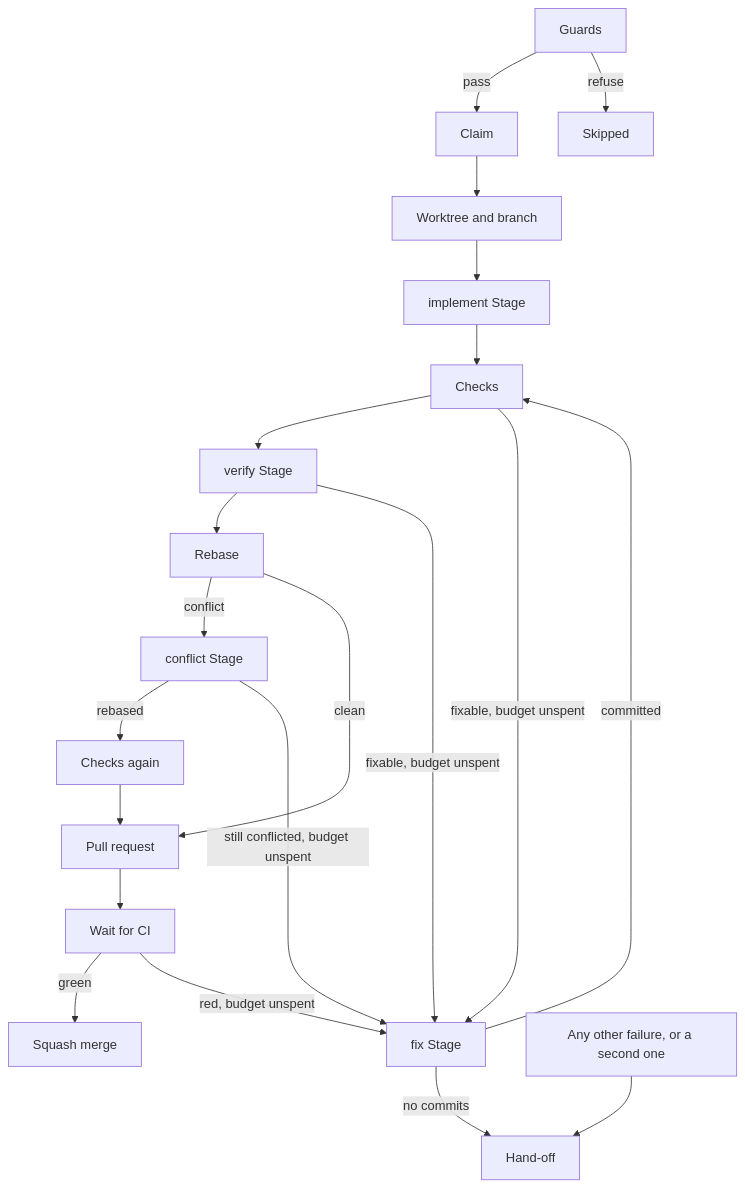
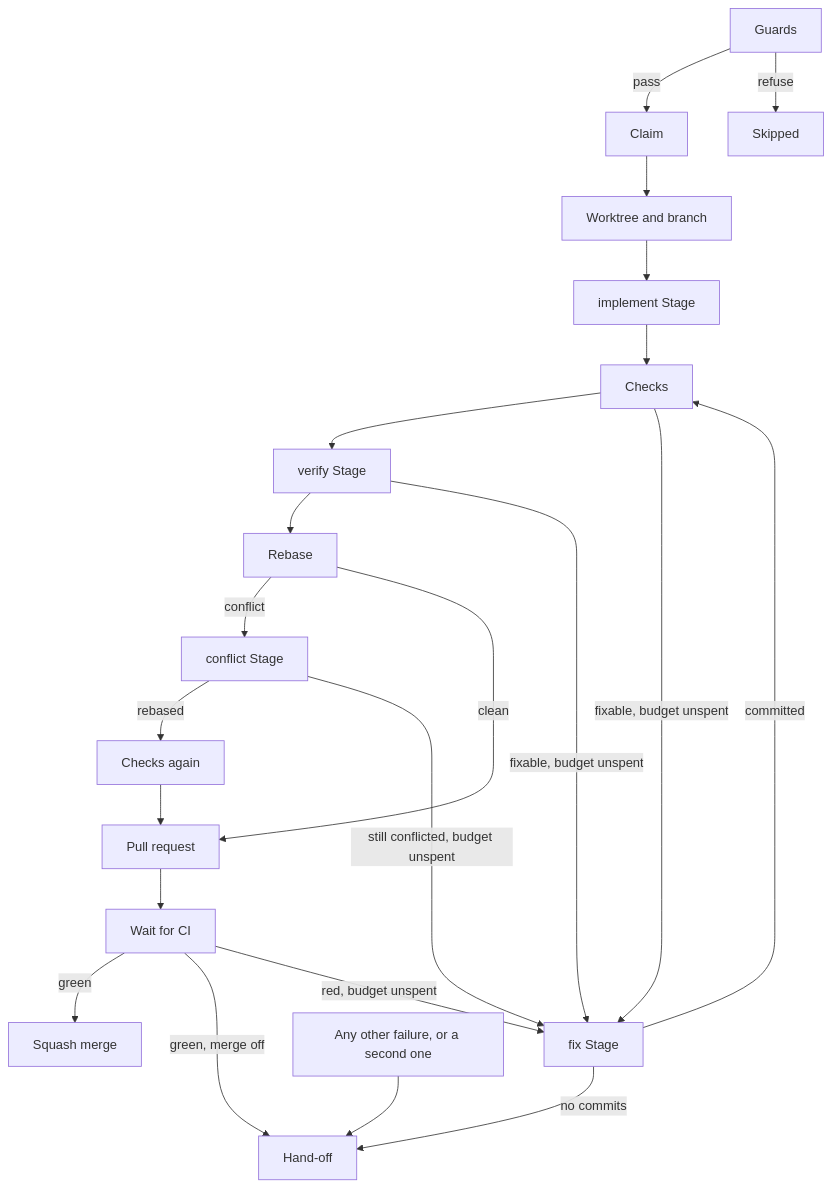
The first of 2 diagrams in wiki/en/guide/ticket-to-merge.md (jjongs2/ticket-runner), drawn with Mermaid before and after one commit. The commit also changed other lines of this file and 26 other files, not shown here.

First line of the commit message:
feat(orchestrator): hand a green Ticket off when the Target merges by hand (#328)

````diff
--- a/wiki/en/guide/ticket-to-merge.md
+++ b/wiki/en/guide/ticket-to-merge.md
@@ -23,23 +23,24 @@
 ```mermaid
 flowchart TD
     G["Guards"] -->|pass| C["Claim"]
     G -->|refuse| S["Skipped"]
     C --> W["Worktree and branch"]
     W --> I["implement Stage"]
     I --> K["Checks"]
     K --> V["verify Stage"]
     V --> R["Rebase"]
     R -->|conflict| X["conflict Stage"]
     X -->|rebased| K2["Checks again"]
     R -->|clean| P["Pull request"]
     K2 --> P
     P --> CI["Wait for CI"]
     CI -->|green| M["Squash merge"]
+    CI -->|"green, merge off"| H
     K -->|"fixable, budget unspent"| F["fix Stage"]
     V -->|"fixable, budget unspent"| F
     X -->|"still conflicted, budget unspent"| F
     CI -->|"red, budget unspent"| F
     F -->|committed| K
     F -->|no commits| H["Hand-off"]
     O["Any other failure, or a second one"] --> H
 ```
````
